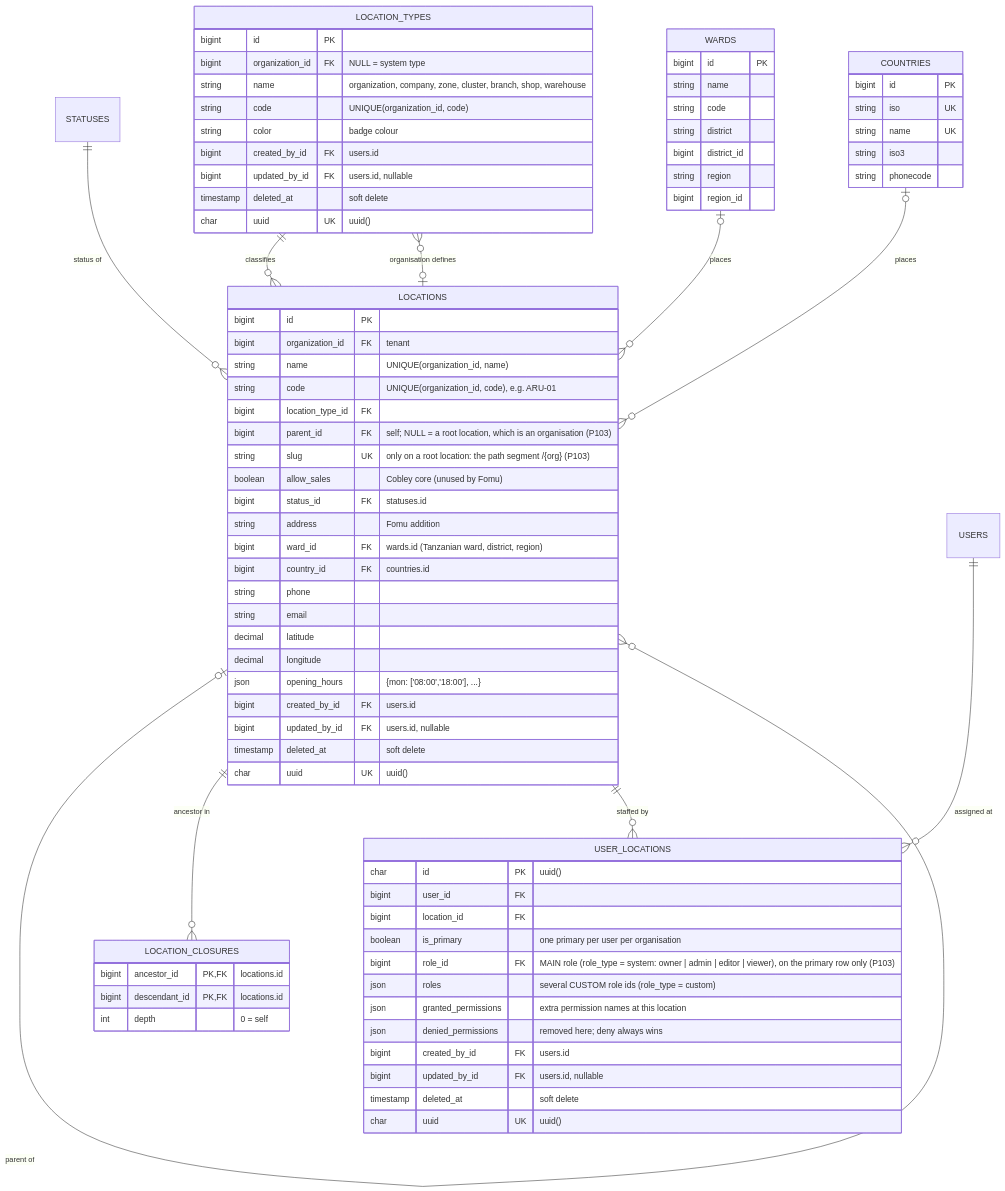
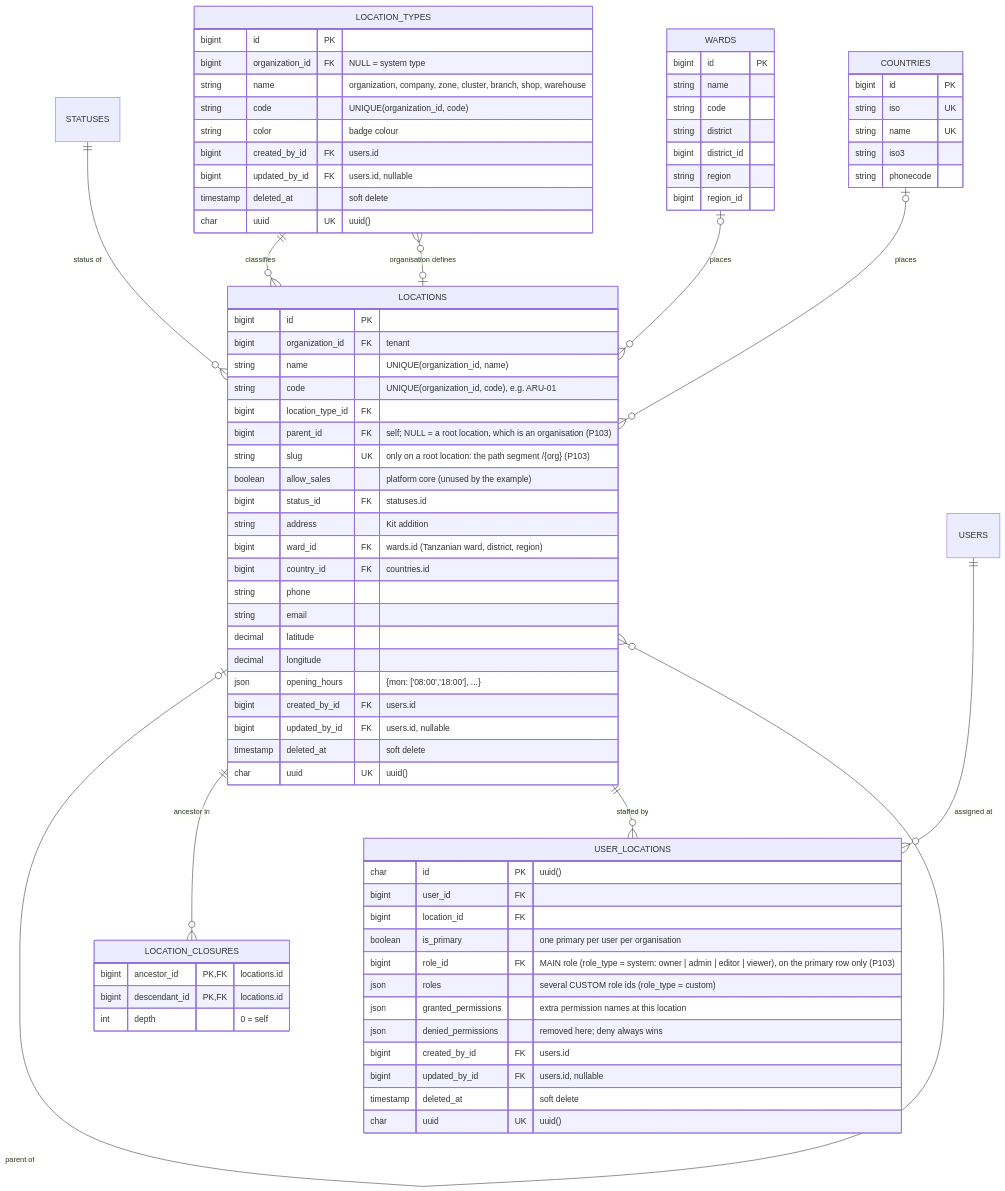
Before and after one commit to joelnjoshkibona/platform-shell-kit: the second of 3 diagrams in docs/architecture/CORE_ERD.md, drawn with Mermaid. The commit also changed other lines of this file and 387 other files, not shown here.

```diff
--- a/docs/architecture/CORE_ERD.md
+++ b/docs/architecture/CORE_ERD.md
@@ -155,9 +155,9 @@
         bigint location_type_id FK
         bigint parent_id FK "self; NULL = a root location, which is an organisation (P103)"
         string slug UK "only on a root location: the path segment /{org} (P103)"
-        boolean allow_sales "Cobley core (unused by Fomu)"
+        boolean allow_sales "platform core (unused by the example)"
         bigint status_id FK "statuses.id"
-        string address "Fomu addition"
+        string address "Kit addition"
         bigint ward_id FK "wards.id (Tanzanian ward, district, region)"
         bigint country_id FK "countries.id"
         string phone
```
